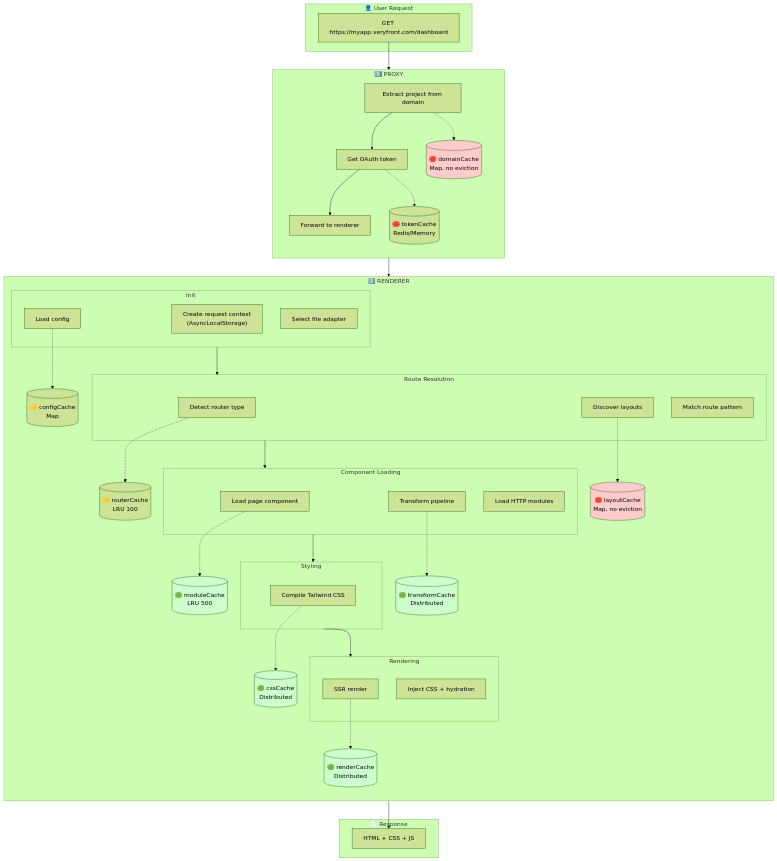
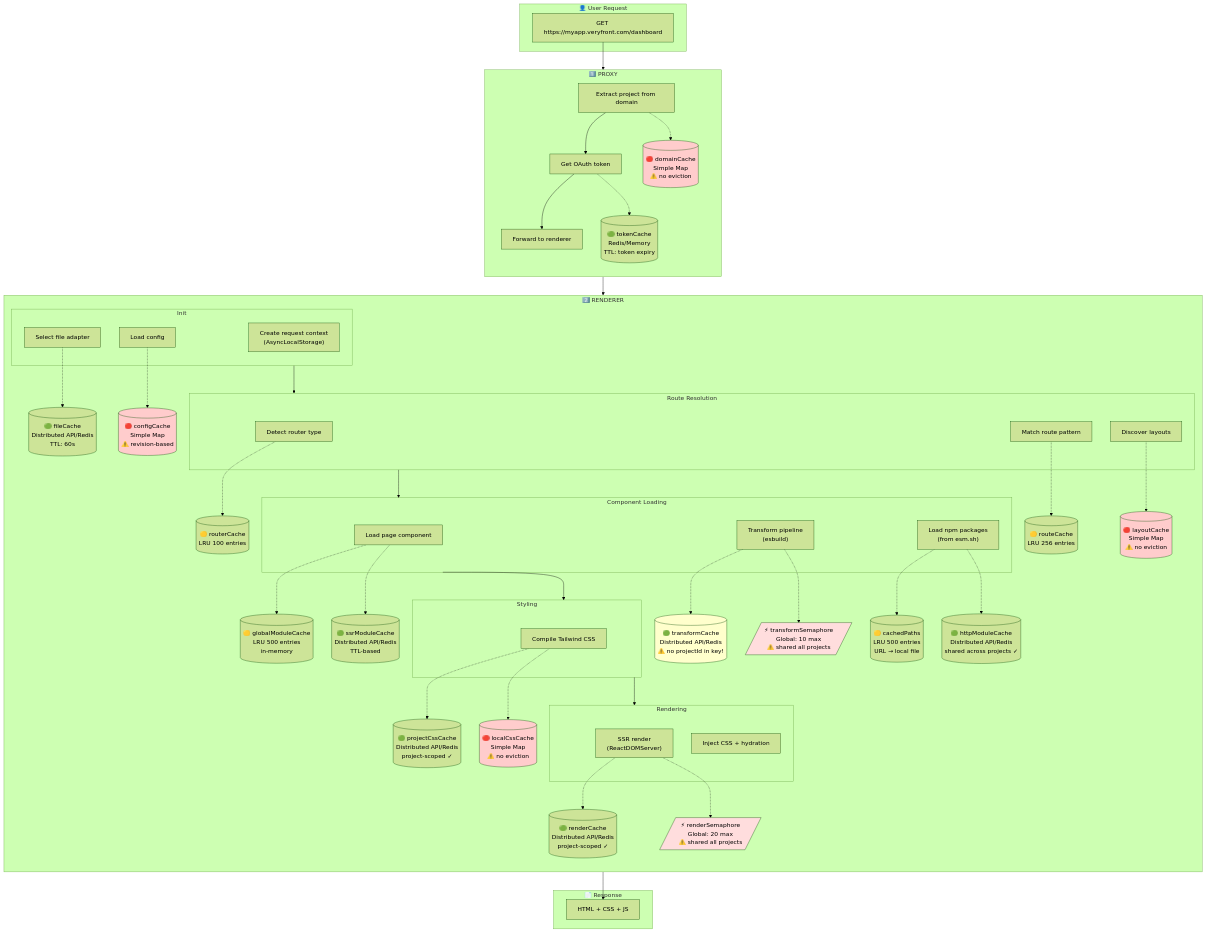
The first of 2 diagrams in plans/architecture-audit/MASTER-REQUEST-FLOW.md (veryfront/veryfront-code), drawn with Mermaid (forest theme) before and after one commit. The commit also changed other lines of this file, not shown here.

Commit message:
docs: improve master request flow with full cache inventory
- Add all cache types with proper labels (Simple Map, LRU, Distributed)
- Show HTTP module caches (cachedPaths LRU + httpModuleCache distributed)
- Add file cache for API adapter
- Show global semaphores (transform: 10, render: 20)
- Add "Data Sources (On Cache Miss)" diagram showing what gets hit
- Document latency for each cache miss scenario
- Fix token cache color (has TTL, not unbounded)

🤖 Generated with [Claude Code](https://claude.com/claude-code)

````diff
--- a/plans/architecture-audit/MASTER-REQUEST-FLOW.md
+++ b/plans/architecture-audit/MASTER-REQUEST-FLOW.md
@@ -20,8 +20,8 @@
 
         P1 --> P2 --> P3
 
-        PC1[("🔴 domainCache<br/>Map, no eviction")]
-        PC2[("🔴 tokenCache<br/>Redis/Memory")]
+        PC1[("🔴 domainCache<br/>Simple Map<br/>⚠️ no eviction")]
+        PC2[("🟢 tokenCache<br/>Redis/Memory<br/>TTL: token expiry")]
 
         P1 -.-> PC1
         P2 -.-> PC2
@@ -44,8 +44,8 @@
 
         subgraph LOAD["Component Loading"]
             R7["Load page component"]
-            R8["Transform pipeline"]
-            R9["Load HTTP modules"]
+            R8["Transform pipeline<br/>(esbuild)"]
+            R9["Load npm packages<br/>(from esm.sh)"]
         end
 
         subgraph STYLE["Styling"]
@@ -53,27 +53,56 @@
         end
 
         subgraph RENDER["Rendering"]
-            R11["SSR render"]
+            R11["SSR render<br/>(ReactDOMServer)"]
             R12["Inject CSS + hydration"]
         end
 
         INIT --> ROUTE --> LOAD --> STYLE --> RENDER
 
-        RC1[("🟡 configCache<br/>Map")]
-        RC2[("🟡 routerCache<br/>LRU 100")]
-        RC3[("🔴 layoutCache<br/>Map, no eviction")]
-        RC4[("🟢 moduleCache<br/>LRU 500")]
-        RC5[("🟢 transformCache<br/>Distributed")]
-        RC6[("🟢 cssCache<br/>Distributed")]
-        RC7[("🟢 renderCache<br/>Distributed")]
+        %% Init caches
+        RC0[("🟢 fileCache<br/>Distributed API/Redis<br/>TTL: 60s")]
+        RC1[("🔴 configCache<br/>Simple Map<br/>⚠️ revision-based")]
 
+        %% Route caches
+        RC2[("🟡 routerCache<br/>LRU 100 entries")]
+        RC2b[("🟡 routeCache<br/>LRU 256 entries")]
+        RC3[("🔴 layoutCache<br/>Simple Map<br/>⚠️ no eviction")]
+
+        %% Component caches
+        RC4[("🟡 globalModuleCache<br/>LRU 500 entries<br/>in-memory")]
+        RC5[("🟢 ssrModuleCache<br/>Distributed API/Redis<br/>TTL-based")]
+        RC6[("🟢 transformCache<br/>Distributed API/Redis<br/>⚠️ no projectId in key!")]
+
+        %% HTTP module caches
+        RC7[("🟡 cachedPaths<br/>LRU 500 entries<br/>URL → local file")]
+        RC8[("🟢 httpModuleCache<br/>Distributed API/Redis<br/>shared across projects ✓")]
+
+        %% CSS caches
+        RC9[("🟢 projectCssCache<br/>Distributed API/Redis<br/>project-scoped ✓")]
+        RC9b[("🔴 localCssCache<br/>Simple Map<br/>⚠️ no eviction")]
+
+        %% Render cache
+        RC10[("🟢 renderCache<br/>Distributed API/Redis<br/>project-scoped ✓")]
+
+        %% Semaphores (global)
+        SEM1[/"⚡ transformSemaphore<br/>Global: 10 max<br/>⚠️ shared all projects"/]
+        SEM2[/"⚡ renderSemaphore<br/>Global: 20 max<br/>⚠️ shared all projects"/]
+
+        R2 -.-> RC0
         R3 -.-> RC1
         R4 -.-> RC2
+        R5 -.-> RC2b
         R6 -.-> RC3
         R7 -.-> RC4
-        R8 -.-> RC5
-        R10 -.-> RC6
-        R11 -.-> RC7
+        R7 -.-> RC5
+        R8 -.-> RC6
+        R8 -.-> SEM1
+        R9 -.-> RC7
+        R9 -.-> RC8
+        R10 -.-> RC9
+        R10 -.-> RC9b
+        R11 -.-> RC10
+        R11 -.-> SEM2
     end
 
     subgraph RESPONSE["📄 Response"]
@@ -84,10 +113,12 @@
     PROXY --> RENDERER
     RENDERER --> RES
 
+    %% Color coding
     style PC1 fill:#ffcccc
+    style RC1 fill:#ffcccc
     style RC3 fill:#ffcccc
-    style RC4 fill:#ccffcc
-    style RC5 fill:#ccffcc
-    style RC6 fill:#ccffcc
-    style RC7 fill:#ccffcc
+    style RC6 fill:#ffffcc
+    style RC9b fill:#ffcccc
+    style SEM1 fill:#ffdddd
+    style SEM2 fill:#ffdddd
 ```
````
